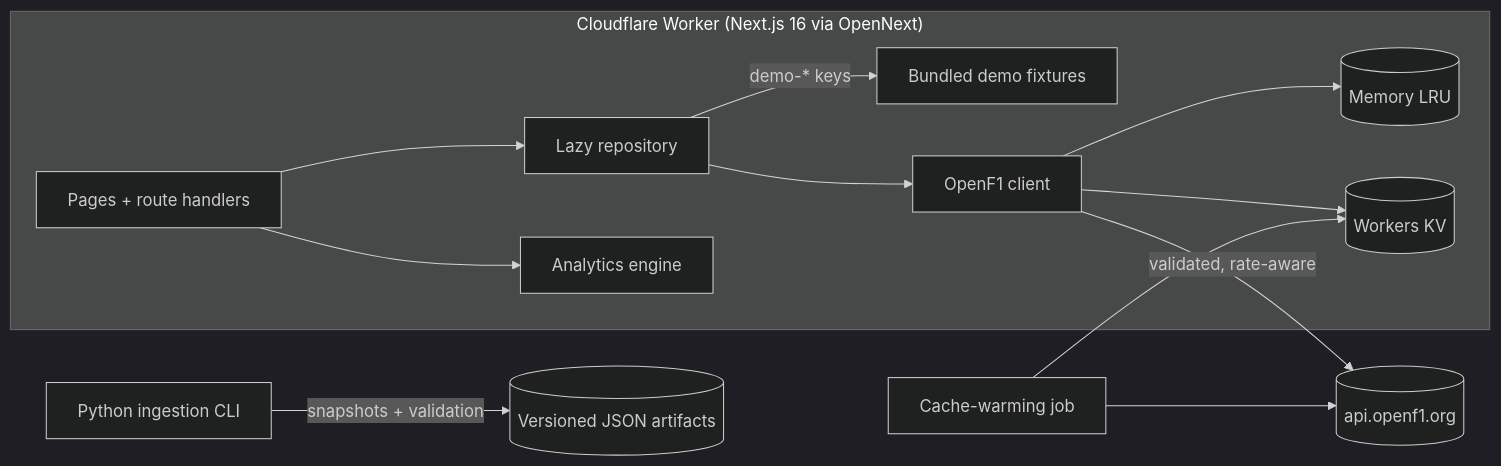
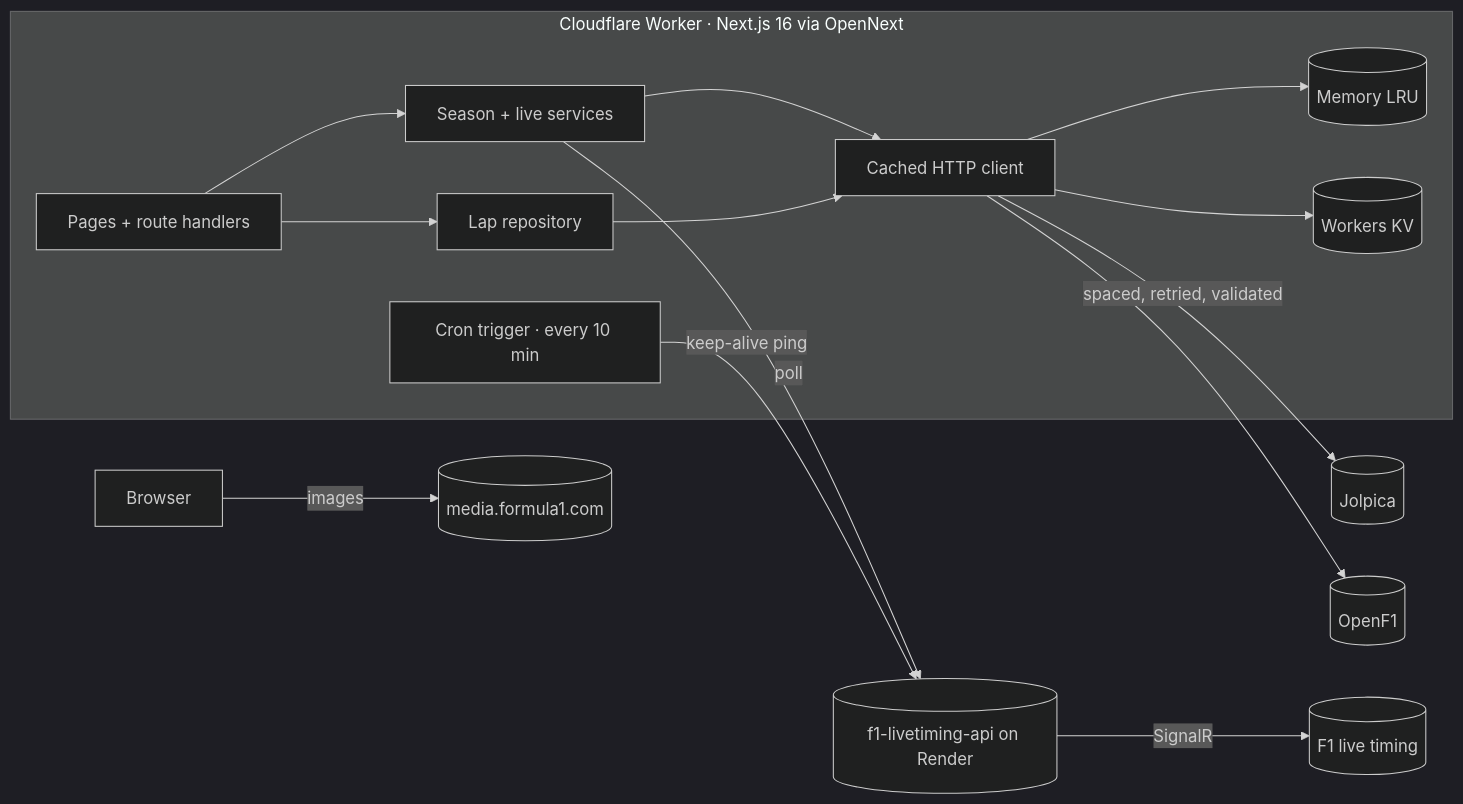
One commit to itzmahtab/Apex-Lab changed the diagram in README.md. Above: the diagram before and after it, drawn with Mermaid (dark theme). The commit also changed other lines of this file and 20 other files, not shown here.

````diff
--- a/README.md
+++ b/README.md
@@ -61,15 +73,18 @@
 ```mermaid
 flowchart LR
-    subgraph Edge["Cloudflare Worker (Next.js 16 via OpenNext)"]
-      UI[Pages + route handlers] --> REPO[Lazy repository]
-      REPO -->|demo-* keys| FIX[Bundled demo fixtures]
-      REPO --> CLIENT[OpenF1 client]
+    subgraph Edge["Cloudflare Worker · Next.js 16 via OpenNext"]
+      UI[Pages + route handlers] --> SEASON[Season + live services]
+      UI --> REPO[Lap repository]
+      SEASON --> CLIENT[Cached HTTP client]
+      REPO --> CLIENT
       CLIENT --> MEM[(Memory LRU)]
       CLIENT --> KV[(Workers KV)]
-      UI --> ENGINE[Analytics engine]
+      CRON[Cron trigger · every 10 min]
     end
-    CLIENT -->|validated, rate-aware| OPENF1[(api.openf1.org)]
-    WARM[Cache-warming job] --> KV
-    WARM --> OPENF1
-    PY[Python ingestion CLI] -->|snapshots + validation| ART[(Versioned JSON artifacts)]
+    CLIENT -->|spaced, retried, validated| JOLPICA[(Jolpica)]
+    CLIENT --> OPENF1[(OpenF1)]
+    SEASON -->|poll| LT[(f1-livetiming-api on Render)]
+    CRON -->|keep-alive ping| LT
+    LT -->|SignalR| F1[(F1 live timing)]
+    BROWSER[Browser] -->|images| CDN[(media.formula1.com)]
 ```
````
